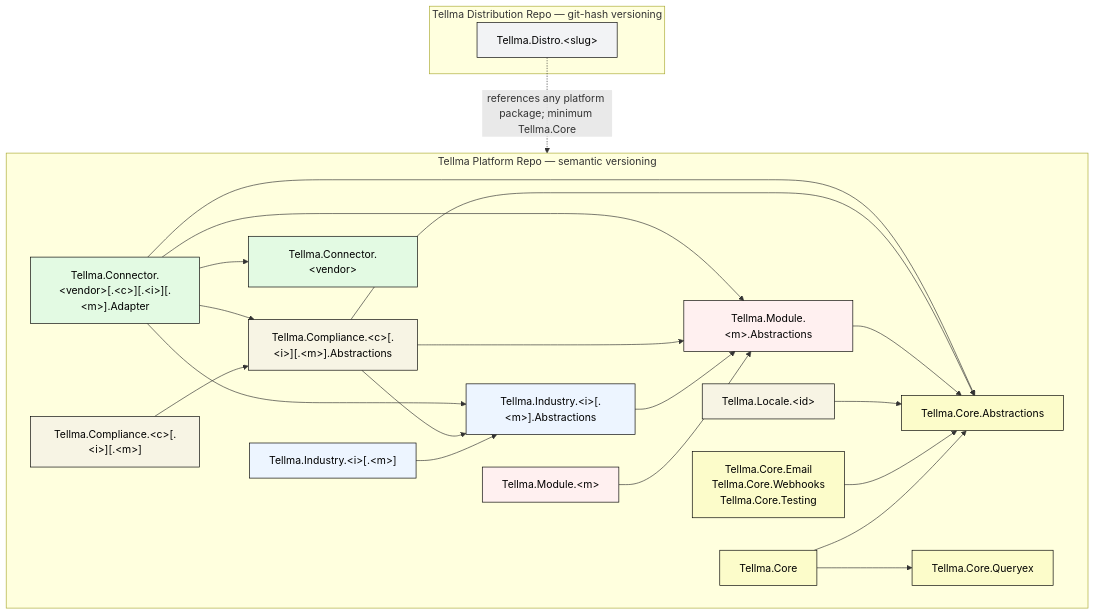
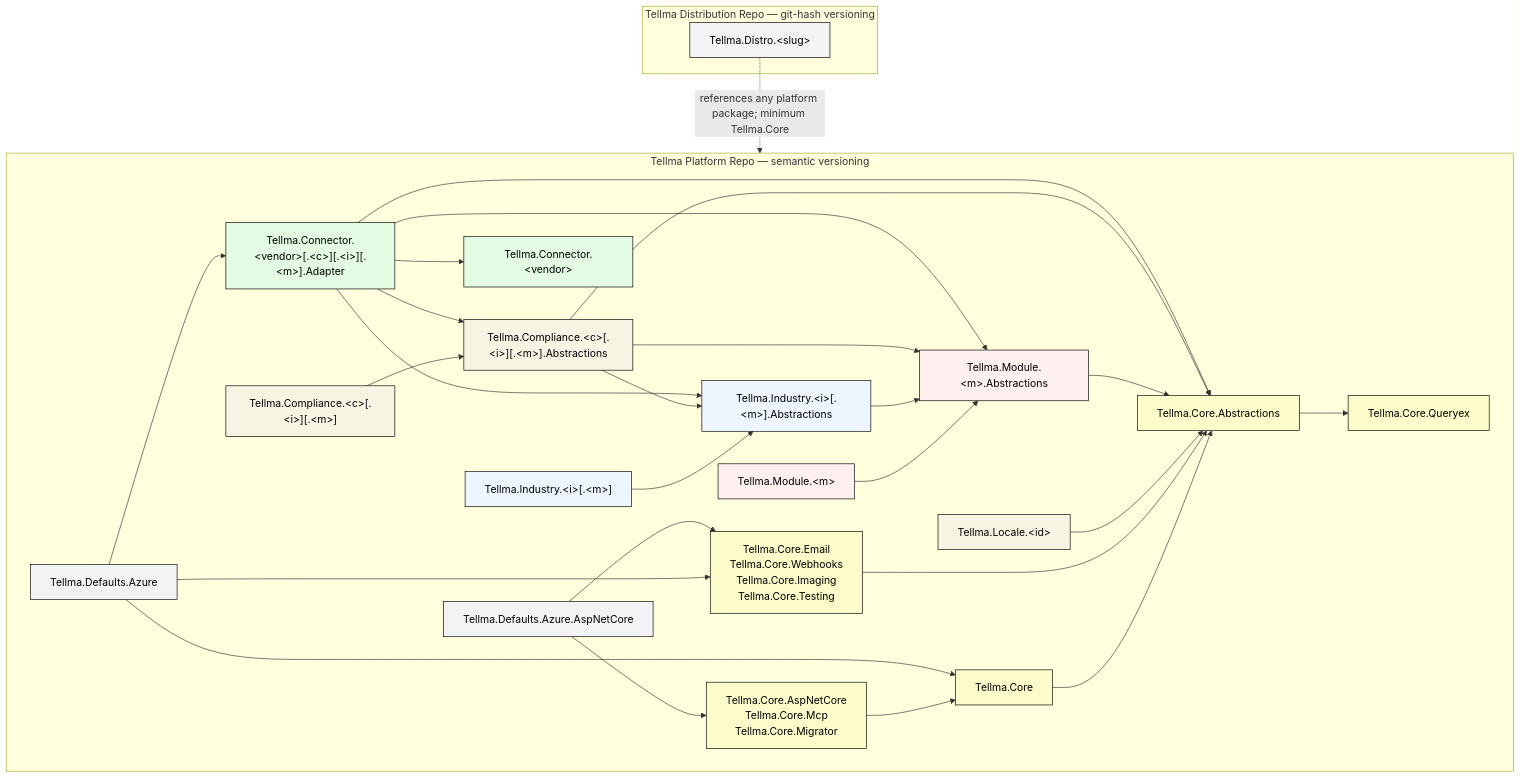
One commit to tellma-ltd/tellma-platform changed the second of 5 diagrams in ARCHITECTURE.md. Above: the diagram before and after it, drawn with Mermaid. The commit also changed other lines of this file and 7 other files, not shown here.

First line of the commit message:
Research docs, ARCHITECTURE.md updates and the nightly-tier trampoline (#19)

````diff
--- a/ARCHITECTURE.md
+++ b/ARCHITECTURE.md
@@ -331,50 +381,59 @@
 ```mermaid
 flowchart TB
     classDef core fill:#fcfcca,stroke:#000,color:#000
     classDef module fill:#fff0f0,stroke:#000,color:#000
     classDef locale fill:#f7f4e4,stroke:#000,color:#000
     classDef industry fill:#edf5ff,stroke:#000,color:#000
     classDef compliance fill:#f7f4e4,stroke:#000,color:#000
     classDef connector fill:#e3fae3,stroke:#000,color:#000
     classDef distro fill:#f2f3f5,stroke:#000,color:#000
 
     subgraph PLATFORM["Tellma Platform Repo — semantic versioning"]
         CoreAbs["Tellma.Core.Abstractions"]:::core
         Core["Tellma.Core"]:::core
-        CoreOptional["Tellma.Core.Email<br/>Tellma.Core.Webhooks<br/>Tellma.Core.Testing"]:::core
+        CoreAdapters["Tellma.Core.AspNetCore<br/>Tellma.Core.Mcp<br/>Tellma.Core.Migrator"]:::core
+        CoreOptional["Tellma.Core.Email<br/>Tellma.Core.Webhooks<br/>Tellma.Core.Imaging<br/>Tellma.Core.Testing"]:::core
         Queryex["Tellma.Core.Queryex"]:::core
         ModuleAbs["Tellma.Module.&lt;m&gt;.Abstractions"]:::module
         Module["Tellma.Module.&lt;m&gt;"]:::module
         Locale["Tellma.Locale.&lt;id&gt;"]:::locale
         IndustryAbs["Tellma.Industry.&lt;i&gt;[.&lt;m&gt;].Abstractions"]:::industry
         Industry["Tellma.Industry.&lt;i&gt;[.&lt;m&gt;]"]:::industry
         ComplianceAbs["Tellma.Compliance.&lt;c&gt;[.&lt;i&gt;][.&lt;m&gt;].Abstractions"]:::compliance
         Compliance["Tellma.Compliance.&lt;c&gt;[.&lt;i&gt;][.&lt;m&gt;]"]:::compliance
         Connector["Tellma.Connector.&lt;vendor&gt;"]:::connector
         Adapter["Tellma.Connector.&lt;vendor&gt;[.&lt;c&gt;][.&lt;i&gt;][.&lt;m&gt;].Adapter"]:::connector
+        Defaults["Tellma.Defaults.Azure"]:::distro
+        DefaultsWeb["Tellma.Defaults.Azure.AspNetCore"]:::distro
 
         Core --> CoreAbs
-        Core --> Queryex
+        CoreAbs --> Queryex
+        CoreAdapters --> Core
         CoreOptional --> CoreAbs
         Locale --> CoreAbs
         Module --> ModuleAbs
         ModuleAbs --> CoreAbs
         Industry --> IndustryAbs
         IndustryAbs --> ModuleAbs
         Compliance --> ComplianceAbs
         ComplianceAbs --> CoreAbs
         ComplianceAbs --> ModuleAbs
         ComplianceAbs --> IndustryAbs
         Adapter --> Connector
         Adapter --> CoreAbs
         Adapter --> ModuleAbs
         Adapter --> IndustryAbs
         Adapter --> ComplianceAbs
+        Defaults --> Core
+        Defaults --> CoreOptional
+        Defaults --> Adapter
+        DefaultsWeb --> CoreAdapters
+        DefaultsWeb --> CoreOptional
     end
 
     subgraph DIST["Tellma Distribution Repo — git-hash versioning"]
         Distro["Tellma.Distro.&lt;slug&gt;"]:::distro
     end
 
     Distro -.->|references any platform package; minimum Tellma.Core| PLATFORM
 ```
````
